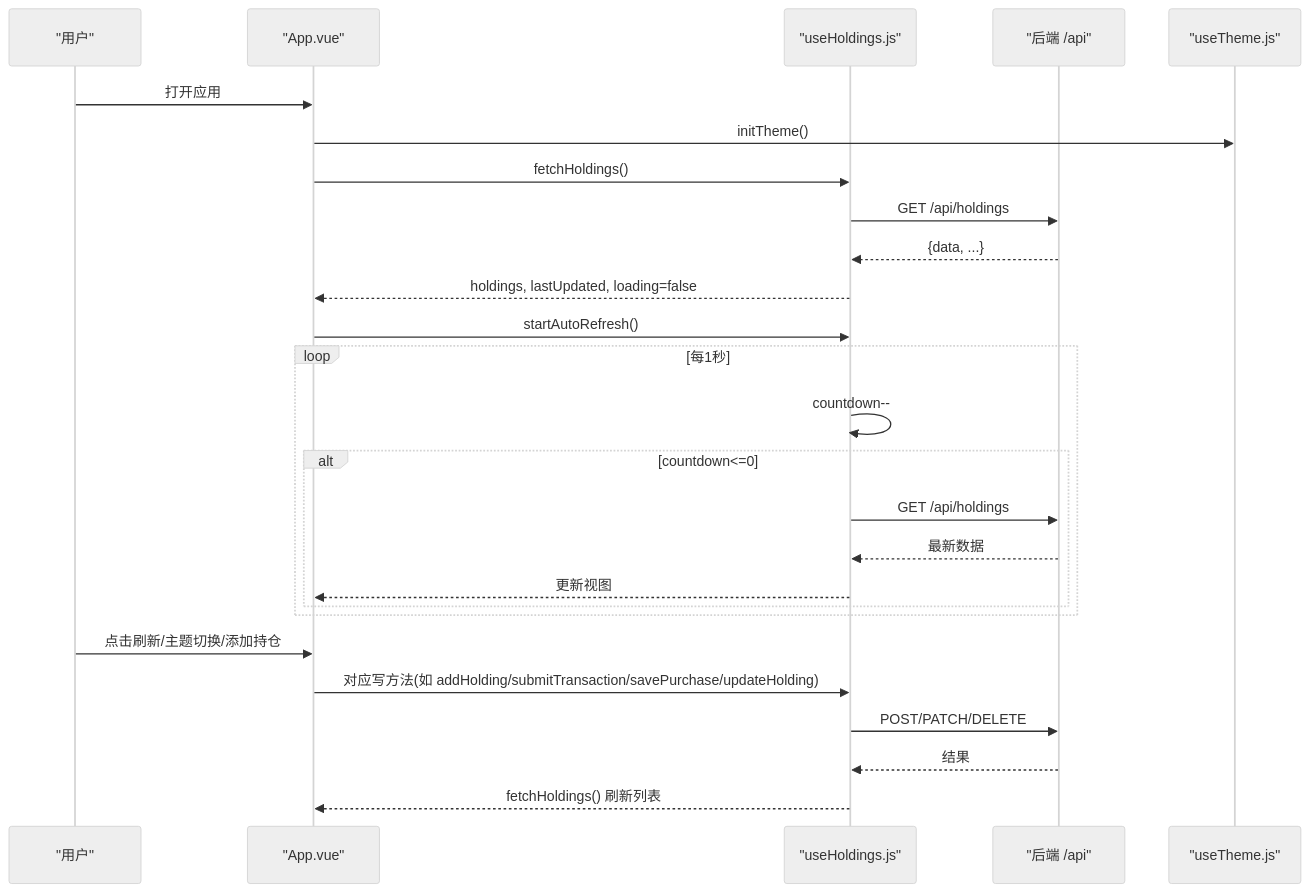
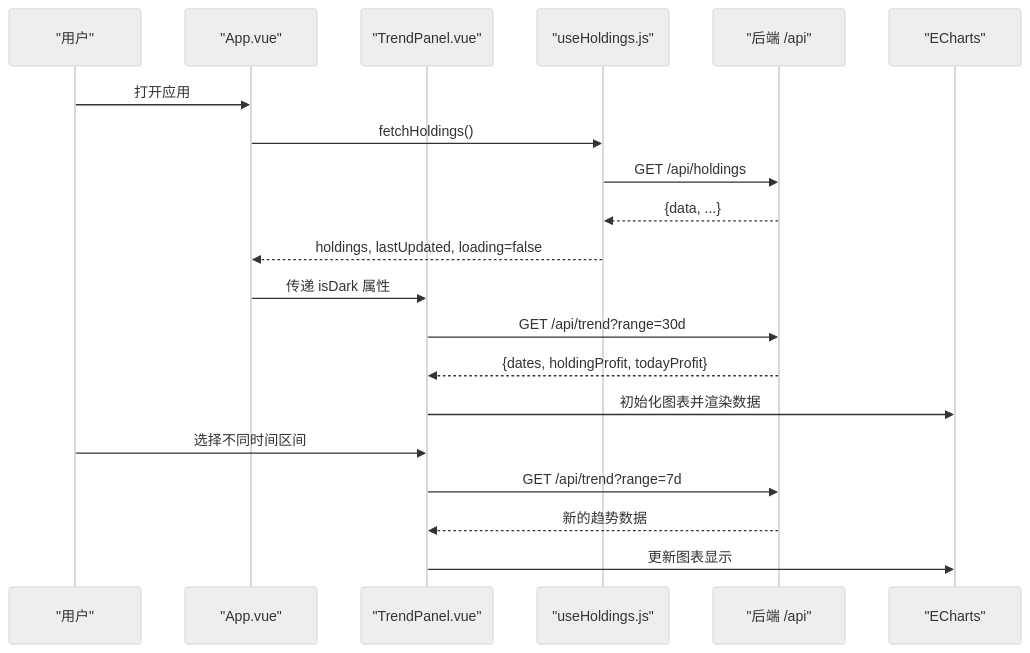
One commit to salenju/stock-advisor changed the second of 6 diagrams in .qoder/repowiki/zh/content/前端架构/前端架构.md. Above: the diagram before and after it, drawn with Mermaid (neutral theme). The commit also changed other lines of this file and 45 other files, not shown here.

````diff
--- a/.qoder/repowiki/zh/content/前端架构/前端架构.md
+++ b/.qoder/repowiki/zh/content/前端架构/前端架构.md
@@ -101,28 +117,22 @@
 ```mermaid
 sequenceDiagram
 participant U as "用户"
 participant A as "App.vue"
+participant T as "TrendPanel.vue"
 participant H as "useHoldings.js"
 participant S as "后端 /api"
-participant T as "useTheme.js"
+participant E as "ECharts"
 U->>A : 打开应用
-A->>T : initTheme()
 A->>H : fetchHoldings()
 H->>S : GET /api/holdings
 S-->>H : {data, ...}
 H-->>A : holdings, lastUpdated, loading=false
-A->>H : startAutoRefresh()
-loop 每1秒
-H->>H : countdown--
-alt countdown<=0
-H->>S : GET /api/holdings
-S-->>H : 最新数据
-H-->>A : 更新视图
-end
-end
-U->>A : 点击刷新/主题切换/添加持仓
-A->>H : 对应写方法(如 addHolding/submitTransaction/savePurchase/updateHolding)
-H->>S : POST/PATCH/DELETE
-S-->>H : 结果
-H-->>A : fetchHoldings() 刷新列表
+A->>T : 传递 isDark 属性
+T->>S : GET /api/trend?range=30d
+S-->>T : {dates, holdingProfit, todayProfit}
+T->>E : 初始化图表并渲染数据
+U->>T : 选择不同时间区间
+T->>S : GET /api/trend?range=7d
+S-->>T : 新的趋势数据
+T->>E : 更新图表显示
 ```
````
